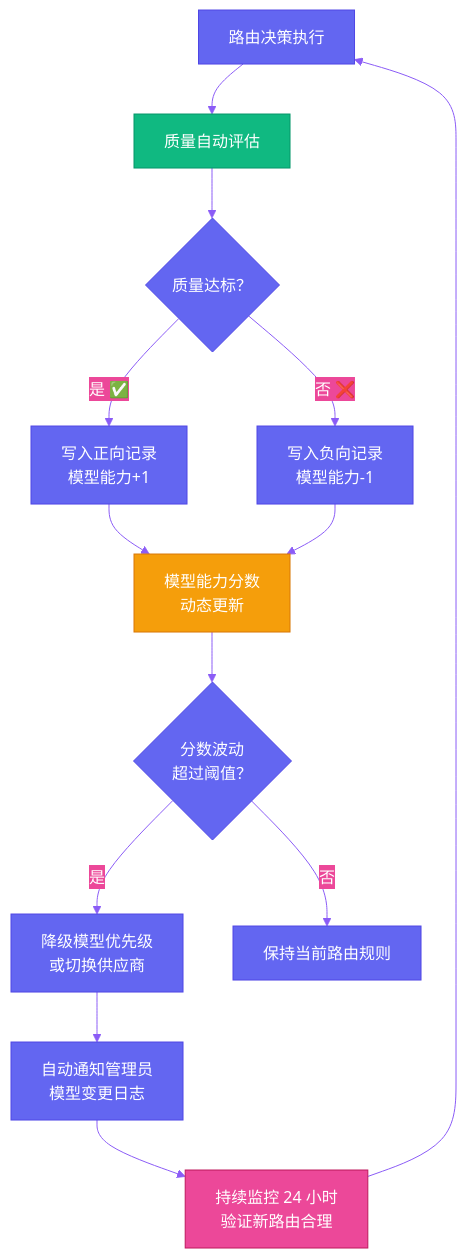
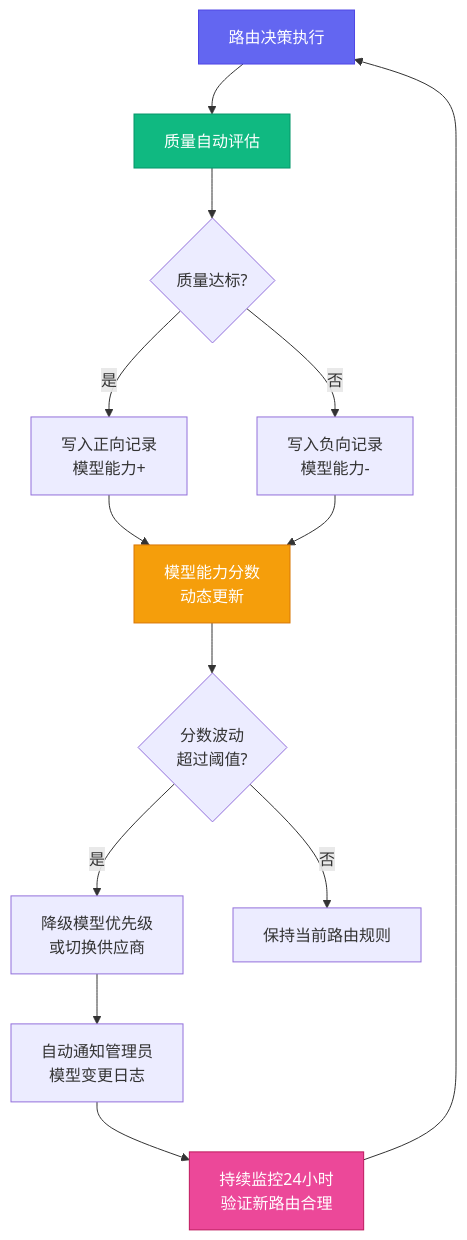
Before and after one commit to VokoForge/ai-prism: the fourth of 4 diagrams in posts/yason-and-roberts/zh/ch06.md, drawn with Mermaid. The commit also changed other lines of this file and 31 other files, not shown here.

First line of the commit message:
✨ Rewrite all articles: hook titles, Mermaid diagrams, engaging style

````diff
--- a/posts/yason-and-roberts/zh/ch06.md
+++ b/posts/yason-and-roberts/zh/ch06.md
@@ -177,21 +176,20 @@
 ```mermaid
-%%{init: {'theme': 'base', 'themeVariables': {'primaryColor': '#6366f1','primaryTextColor': '#fff','primaryBorderColor': '#4f46e5','lineColor': '#8b5cf6','secondaryColor': '#ec4899','tertiaryColor': '#f59e0b'}}}%%
 flowchart TB
     R["路由决策执行"] --> Q["质量自动评估"]
-    Q --> A{"质量达标？"}
-    A -->|"是 ✅"| P["写入正向记录<br>模型能力+1"]
-    A -->|"否 ❌"| N["写入负向记录<br>模型能力-1"]
+    Q --> A{"质量达标?"}
+    A -->|"是"| P["写入正向记录<br>模型能力+"]
+    A -->|"否"| N["写入负向记录<br>模型能力-"]
     P --> L["模型能力分数<br>动态更新"]
     N --> L
-    L --> F{"分数波动<br>超过阈值？"}
+    L --> F{"分数波动<br>超过阈值?"}
     F -->|是| D["降级模型优先级<br>或切换供应商"]
     F -->|否| H["保持当前路由规则"]
     D --> C["自动通知管理员<br>模型变更日志"]
-    C --> K["持续监控 24 小时<br>验证新路由合理"]
+    C --> K["持续监控24小时<br>验证新路由合理"]
     K --> R
 
     style R fill:#6366f1,stroke:#4f46e5,color:#fff
     style Q fill:#10b981,stroke:#059669,color:#fff
     style L fill:#f59e0b,stroke:#d97706,color:#fff
     style K fill:#ec4899,stroke:#be185d,color:#fff
 ```
````
